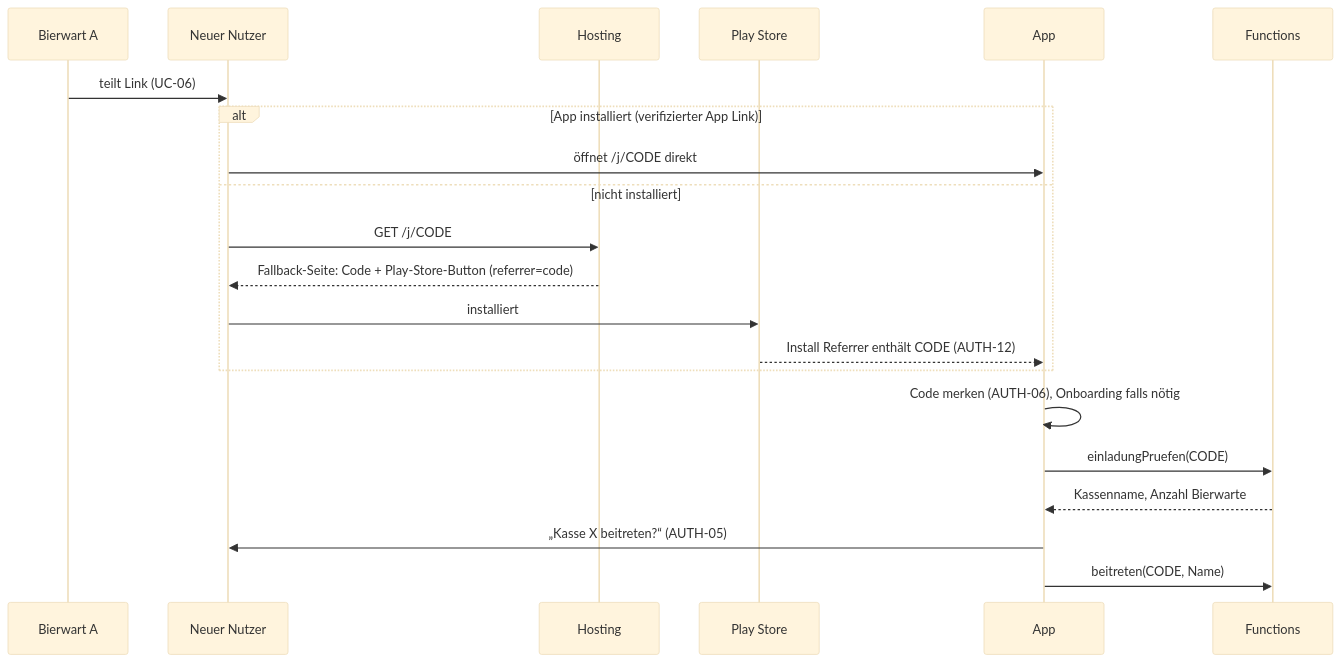
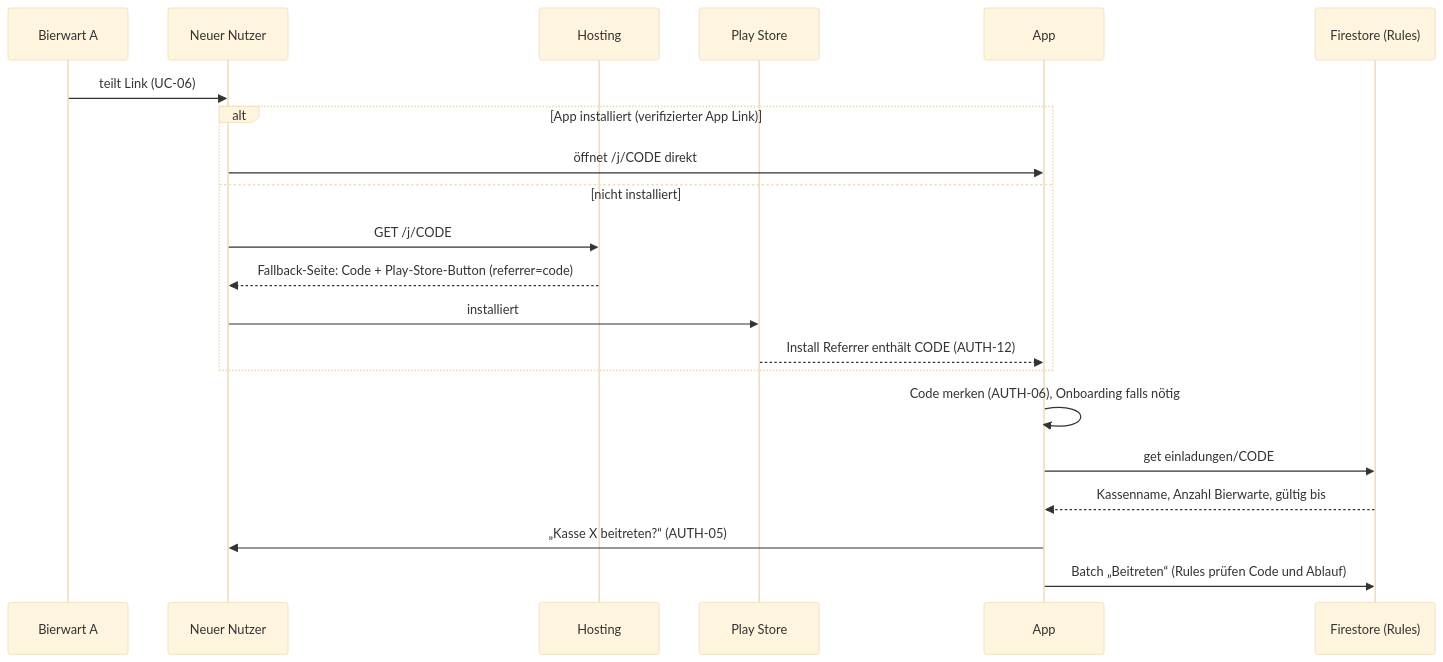
Before and after one commit to Markra711/bierwart: the second of 2 diagrams in docs/architecture.md, drawn with Mermaid (base theme). The commit also changed other lines of this file and 6 other files, not shown here.

````diff
--- a/docs/architecture.md
+++ b/docs/architecture.md
@@ -275,23 +242,23 @@
 ```mermaid
 sequenceDiagram
   participant B as Bierwart A
   participant N as Neuer Nutzer
   participant H as Hosting
   participant P as Play Store
   participant App
-  participant F as Functions
+  participant FS as Firestore (Rules)
   B->>N: teilt Link (UC-06)
   alt App installiert (verifizierter App Link)
     N->>App: öffnet /j/CODE direkt
   else nicht installiert
     N->>H: GET /j/CODE
     H-->>N: Fallback-Seite: Code + Play-Store-Button (referrer=code)
     N->>P: installiert
     P-->>App: Install Referrer enthält CODE (AUTH-12)
   end
   App->>App: Code merken (AUTH-06), Onboarding falls nötig
-  App->>F: einladungPruefen(CODE)
-  F-->>App: Kassenname, Anzahl Bierwarte
+  App->>FS: get einladungen/CODE
+  FS-->>App: Kassenname, Anzahl Bierwarte, gültig bis
   App->>N: „Kasse X beitreten?“ (AUTH-05)
-  App->>F: beitreten(CODE, Name)
+  App->>FS: Batch „Beitreten“ (Rules prüfen Code und Ablauf)
 ```
````
